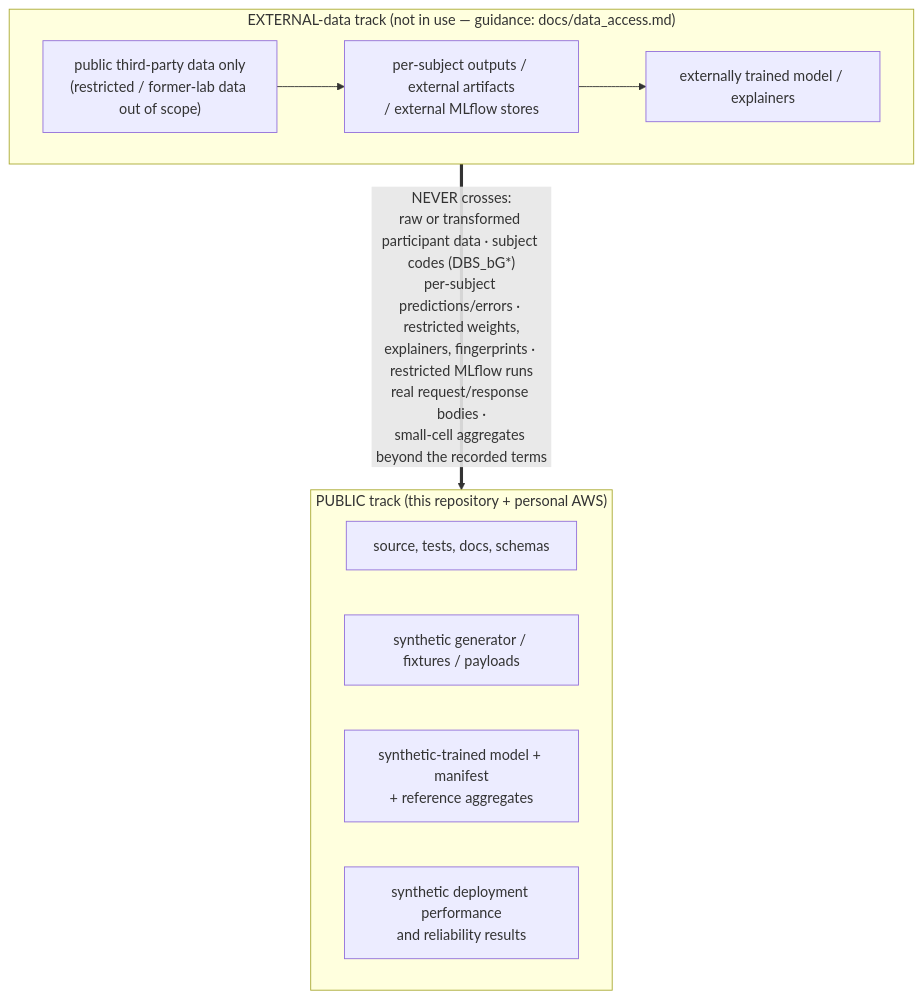
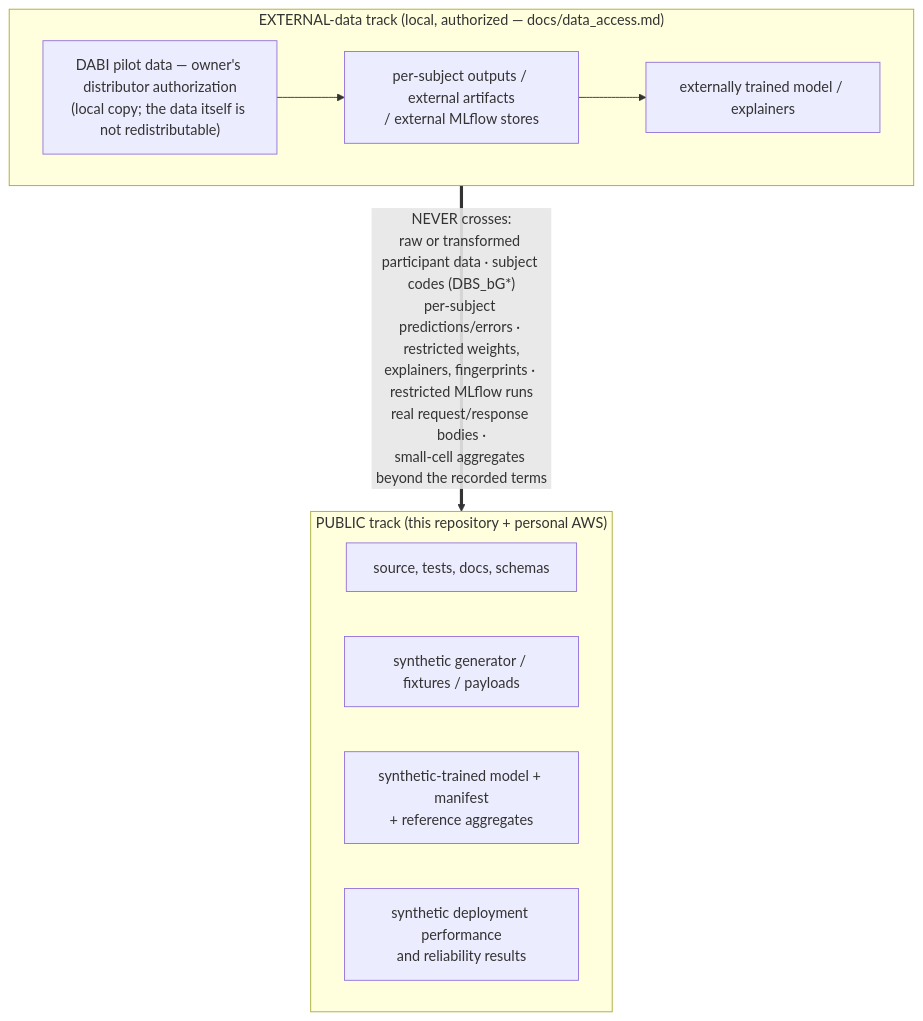
The fifth of 5 diagrams in docs/architecture.md (oleeveeuh/CURVE-ICON-DBSO), drawn with Mermaid before and after one commit. The commit also changed other lines of this file and 10 other files, not shown here.

````diff
--- a/docs/architecture.md
+++ b/docs/architecture.md
@@ -130,17 +130,17 @@
 ```mermaid
 flowchart TB
     subgraph pub["PUBLIC track (this repository + personal AWS)"]
         SRC["source, tests, docs, schemas"]
         SYN["synthetic generator / fixtures / payloads"]
         SMOD["synthetic-trained model + manifest<br/>+ reference aggregates"]
         PERF["synthetic deployment performance<br/>and reliability results"]
     end
-    subgraph inst["EXTERNAL-data track (not in use — guidance: docs/data_access.md)"]
-        RDATA["public third-party data only<br/>(restricted / former-lab data out of scope)"]
+    subgraph inst["EXTERNAL-data track (local, authorized — docs/data_access.md)"]
+        RDATA["DABI pilot data — owner's distributor authorization<br/>(local copy; the data itself is not redistributable)"]
         ROUT["per-subject outputs / external artifacts<br/>/ external MLflow stores"]
         RMOD["externally trained model / explainers"]
     end
     RDATA --> ROUT
     ROUT --> RMOD
     inst ==>|"NEVER crosses:<br/>raw or transformed participant data · subject codes (DBS_bG*)<br/>per-subject predictions/errors · restricted weights,<br/>explainers, fingerprints · restricted MLflow runs<br/>real request/response bodies ·<br/>small-cell aggregates beyond the recorded terms"| pub
 ```
````
